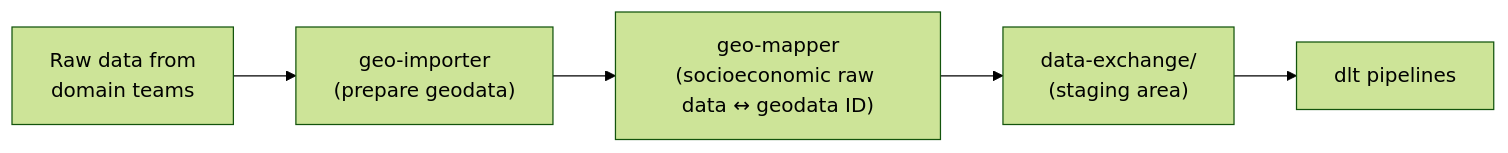
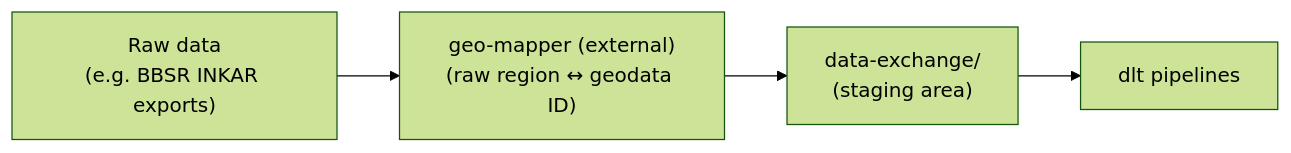
The third of 3 diagrams in docs/architecture.md (BjoernFuertges/Socioeconomic-Data), drawn with Mermaid (forest theme) before and after one commit. The commit also changed other lines of this file and 181 other files, not shown here.

````diff
--- a/docs/architecture.md
+++ b/docs/architecture.md
@@ -124,7 +129,6 @@
 ```mermaid
 flowchart LR
-    raw["Raw data from\ndomain teams"] --> gi["geo-importer\n(prepare geodata)"]
-    gi --> gm["geo-mapper\n(socioeconomic raw data ↔ geodata ID)"]
+    raw["Raw data\n(e.g. BBSR INKAR exports)"] --> gm["geo-mapper (external)\n(raw region ↔ geodata ID)"]
     gm --> de["data-exchange/\n(staging area)"]
     de --> dltp["dlt pipelines"]
 ```
````
